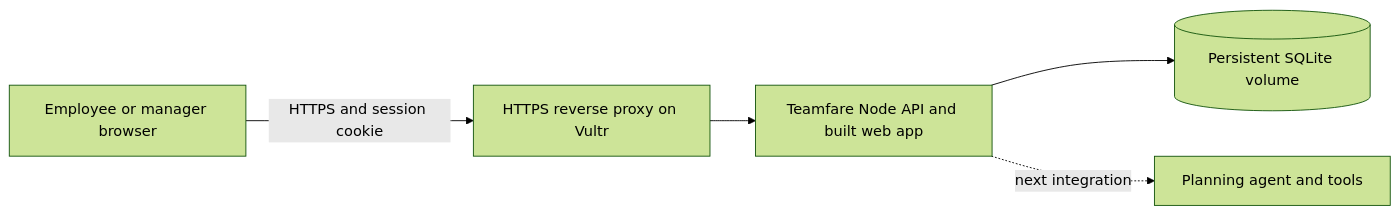
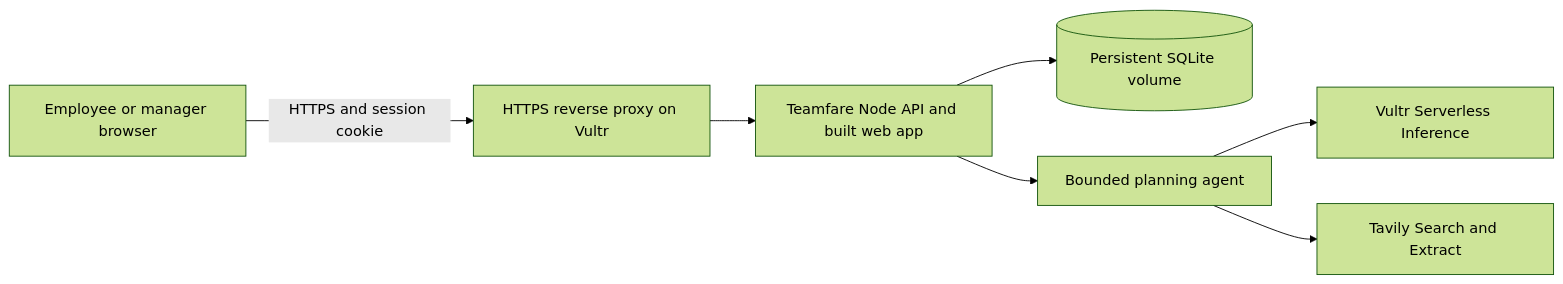
One commit to ELLA0VICTOR/teamfare changed the diagram in docs/BACKEND.md. Above: the diagram before and after it, drawn with Mermaid (forest theme). The commit also changed other lines of this file and 63 other files, not shown here.

````diff
--- a/docs/BACKEND.md
+++ b/docs/BACKEND.md
@@ -10,7 +10,9 @@
 ```mermaid
 flowchart LR
     Browser[Employee or manager browser] -->|HTTPS and session cookie| Proxy[HTTPS reverse proxy on Vultr]
     Proxy --> API[Teamfare Node API and built web app]
     API --> DB[(Persistent SQLite volume)]
-    API -. next integration .-> Agent[Planning agent and tools]
+    API --> Agent[Bounded planning agent]
+    Agent --> Vultr[Vultr Serverless Inference]
+    Agent --> Tavily[Tavily Search and Extract]
 ```
````
